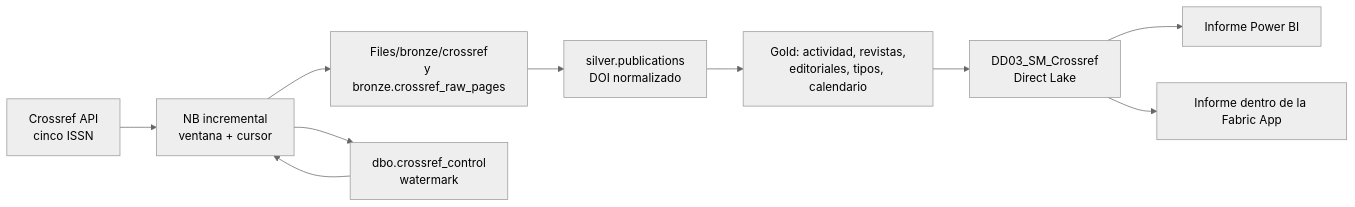
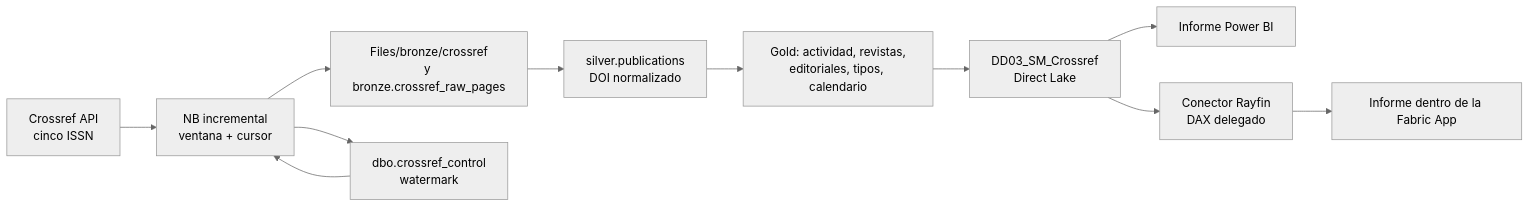
The first of 2 diagrams in docs/arquitectura.md (vicente2121/datadays-crossref-portfolio), drawn with Mermaid (neutral theme) before and after one commit. The commit also changed other lines of this file and 1 other file, not shown here.

Commit message:
Documenta el conector publicado de la app

````diff
--- a/docs/arquitectura.md
+++ b/docs/arquitectura.md
@@ -7,12 +7,13 @@
 ```mermaid
 flowchart LR
   A[Crossref API<br/>cinco ISSN] --> B[NB incremental<br/>ventana + cursor]
   B --> C[Files/bronze/crossref<br/>y bronze.crossref_raw_pages]
   C --> D[silver.publications<br/>DOI normalizado]
   D --> E[Gold: actividad, revistas,<br/>editoriales, tipos, calendario]
   E --> F[DD03_SM_Crossref<br/>Direct Lake]
   F --> G[Informe Power BI]
-  F --> H[Informe dentro de la Fabric App]
+  F --> H[Conector Rayfin<br/>DAX delegado]
+  H --> I[Informe dentro de la Fabric App]
   B --> W[dbo.crossref_control<br/>watermark]
   W --> B
 ```
````
